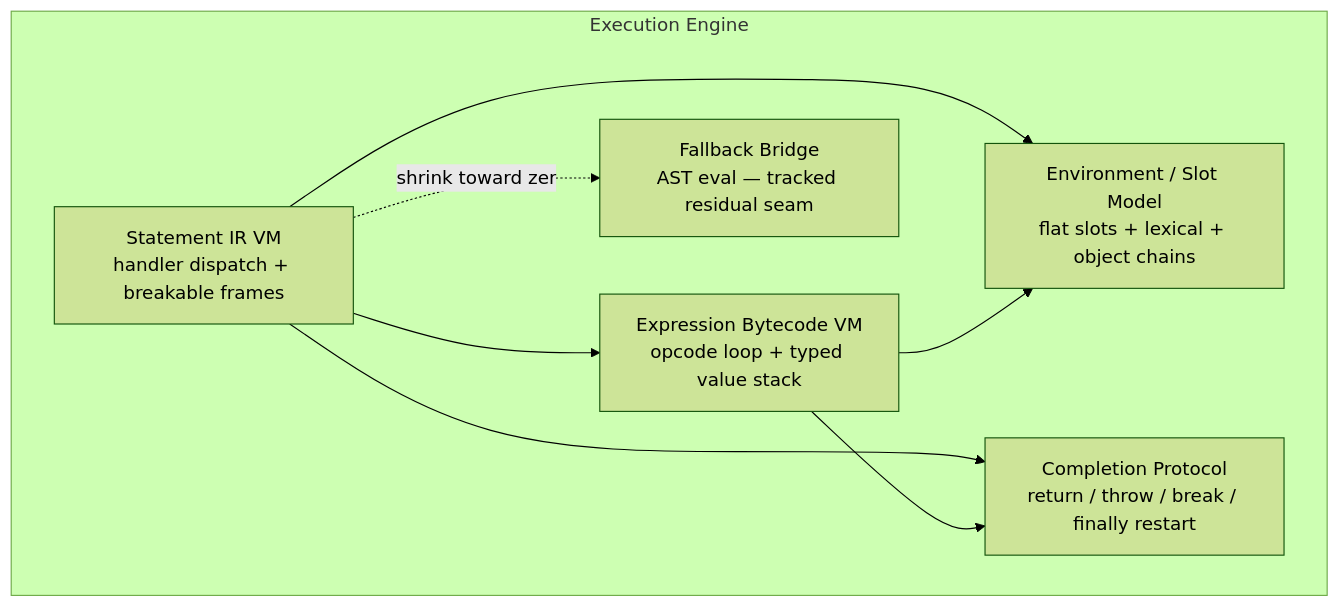
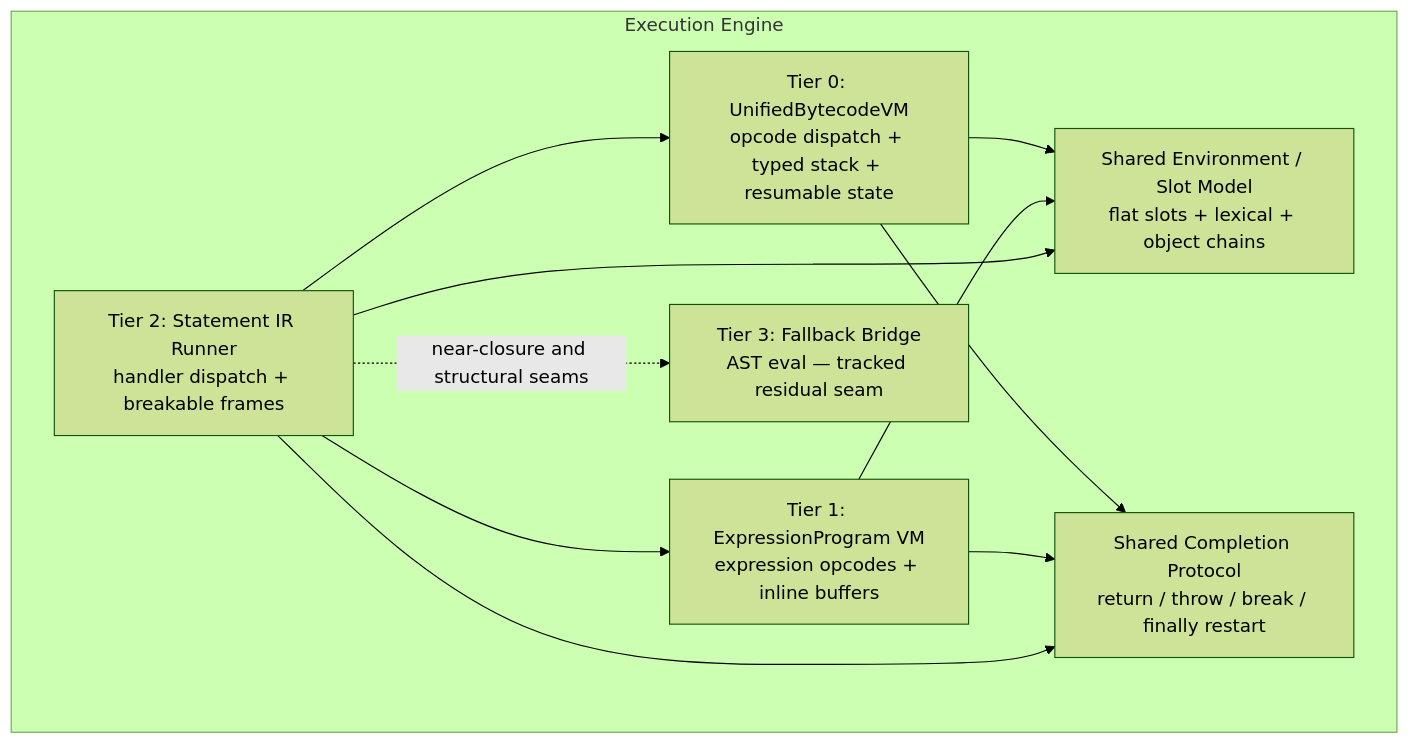
One commit to asynkron/Asynkron.JsEngine changed diagram 13 of 14 in docs/dreaming.md. Above: the diagram before and after it, drawn with Mermaid (forest theme). The commit also changed other lines of this file, not shown here.

First line of the commit message:
docs: improve Asynkron.JsEngine dreaming.md with 4-tier execution model

````diff
--- a/docs/dreaming.md
+++ b/docs/dreaming.md
@@ -376,17 +491,21 @@
 ```mermaid
 flowchart TD
     subgraph EE["Execution Engine"]
-        SIP[Statement IR VM\nhandler dispatch + breakable frames]
-        XVM[Expression Bytecode VM\nopcode loop + typed value stack]
-        ENV[Environment / Slot Model\nflat slots + lexical + object chains]
-        CPL[Completion Protocol\nreturn / throw / break / finally restart]
-        FBK[Fallback Bridge\nAST eval — tracked residual seam]
+        T0[Tier 0: UnifiedBytecodeVM\nopcode dispatch + typed stack + resumable state]
+        T1[Tier 1: ExpressionProgram VM\nexpression opcodes + inline buffers]
+        T2[Tier 2: Statement IR Runner\nhandler dispatch + breakable frames]
+        T3[Tier 3: Fallback Bridge\nAST eval — tracked residual seam]
+        ENV[Shared Environment / Slot Model\nflat slots + lexical + object chains]
+        CPL[Shared Completion Protocol\nreturn / throw / break / finally restart]
     end
 
-    SIP --> XVM
-    SIP --> ENV
-    XVM --> ENV
-    SIP --> CPL
-    XVM --> CPL
-    SIP -.shrink toward zero.-> FBK
+    T2 --> T1
+    T2 --> T0
+    T0 --> ENV
+    T1 --> ENV
+    T2 --> ENV
+    T0 --> CPL
+    T1 --> CPL
+    T2 --> CPL
+    T2 -.near-closure and structural seams.-> T3
 ```
````
